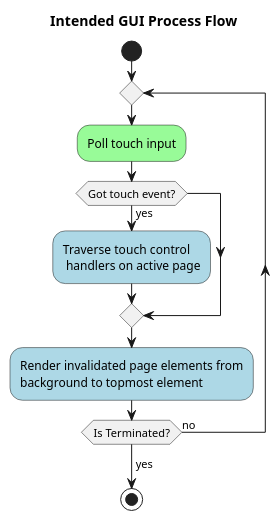
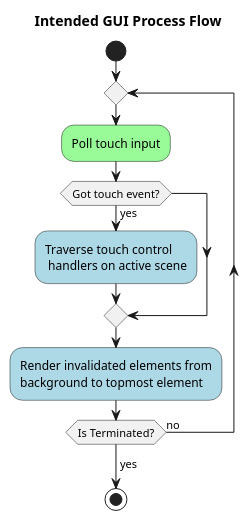
One commit to rsps/rsp-core-library changed the diagram in docs/uml/Intended GUI Process Flow.puml. Above: the diagram before and after it, drawn with PlantUML. The commit also changed 3 other files, not shown here.

Commit message:
Fixed diagrams and architecture doc after initial review

```diff
--- a/docs/uml/Intended GUI Process Flow.puml
+++ b/docs/uml/Intended GUI Process Flow.puml
@@ -1,16 +1,16 @@
 @startuml
 
 title Intended GUI Process Flow
 
 start
 repeat
     #palegreen:Poll touch input;
     if (Got touch event?) then (yes)
-        #lightblue:Traverse touch control\n handlers on active page;
+        #lightblue:Traverse touch control\n handlers on active scene;
     endif
-    #lightblue:Render invalidated page elements from\nbackground to topmost element;
+    #lightblue:Render invalidated elements from\nbackground to topmost element;
 repeat while (Is Terminated?) is (no)
 ->yes;
 stop
 
 @enduml
```
